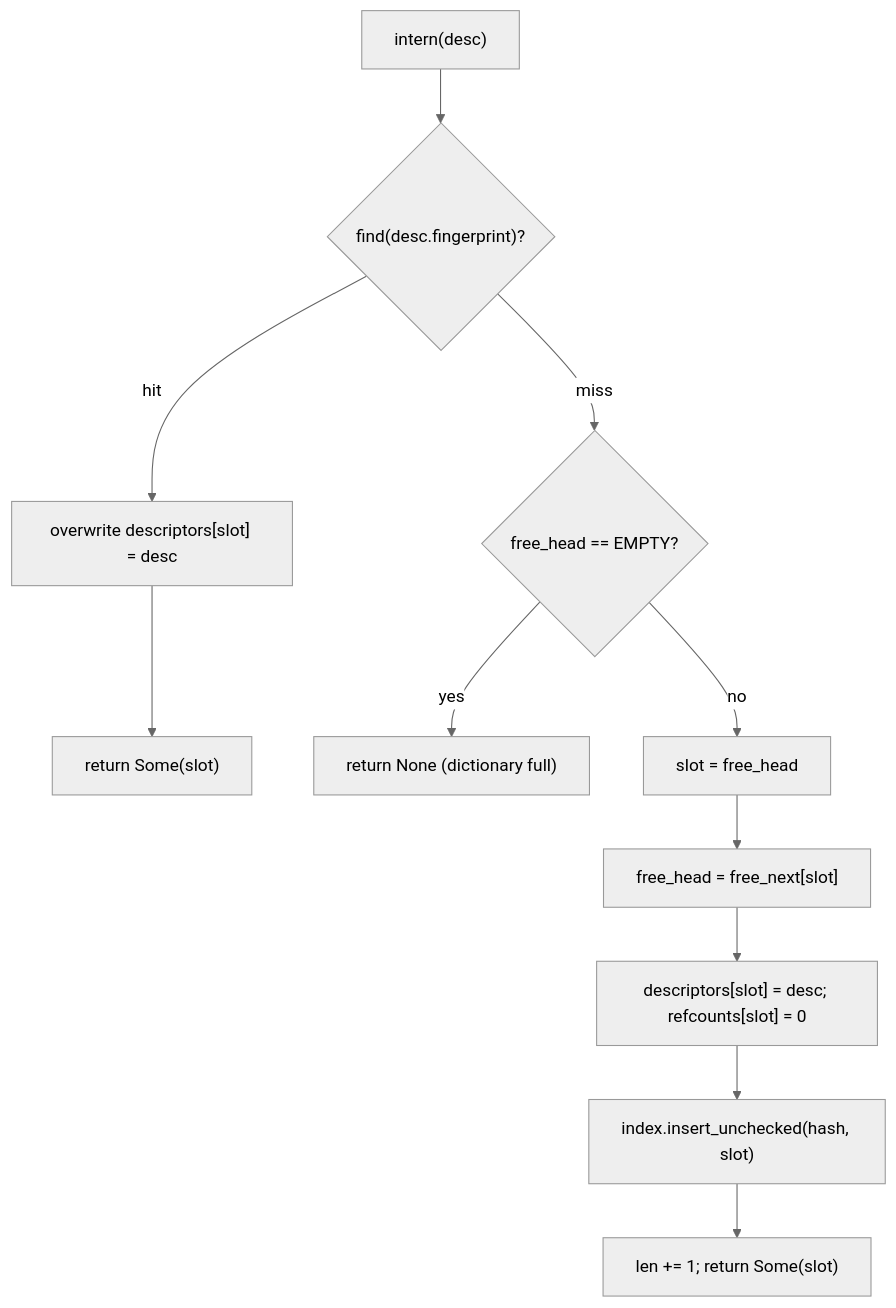
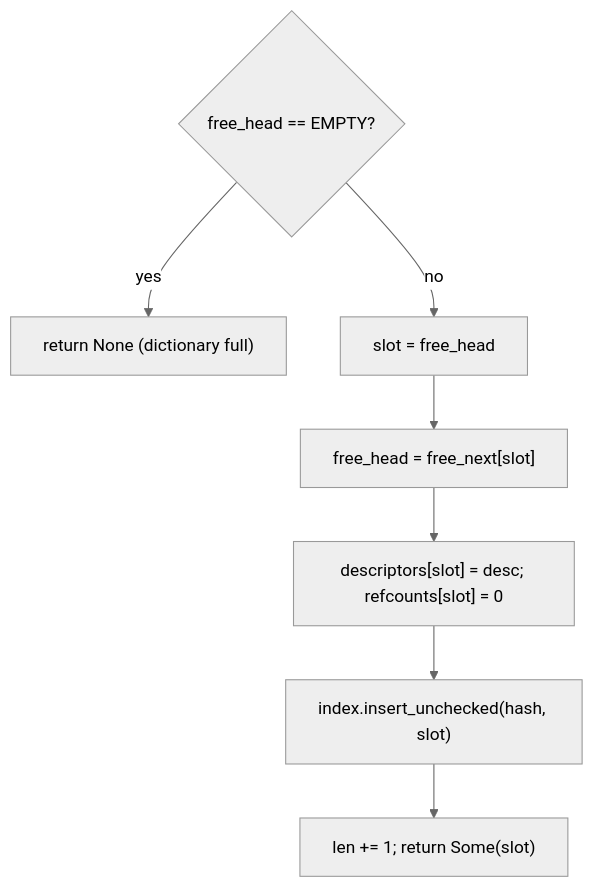
Before and after one commit to prosody-events/gabion: the fifth of 14 diagrams in crates/gabion/CRDT.md, drawn with Mermaid (neutral theme). The commit also changed other lines of this file, not shown here.

````diff
--- a/crates/gabion/CRDT.md
+++ b/crates/gabion/CRDT.md
@@ -261,13 +261,10 @@
 ```mermaid
 flowchart TD
-    A["intern(desc)"] --> B{"find(desc.fingerprint)?"}
-    B -- hit --> C["overwrite descriptors[slot] = desc"]
-    C --> D["return Some(slot)"]
-    B -- miss --> E{"free_head == EMPTY?"}
+    E{"free_head == EMPTY?"}
     E -- yes --> F["return None (dictionary full)"]
     E -- no --> G["slot = free_head"]
     G --> H["free_head = free_next[slot]"]
     H --> I["descriptors[slot] = desc; refcounts[slot] = 0"]
     I --> J["index.insert_unchecked(hash, slot)"]
     J --> K["len += 1; return Some(slot)"]
 ```
````
